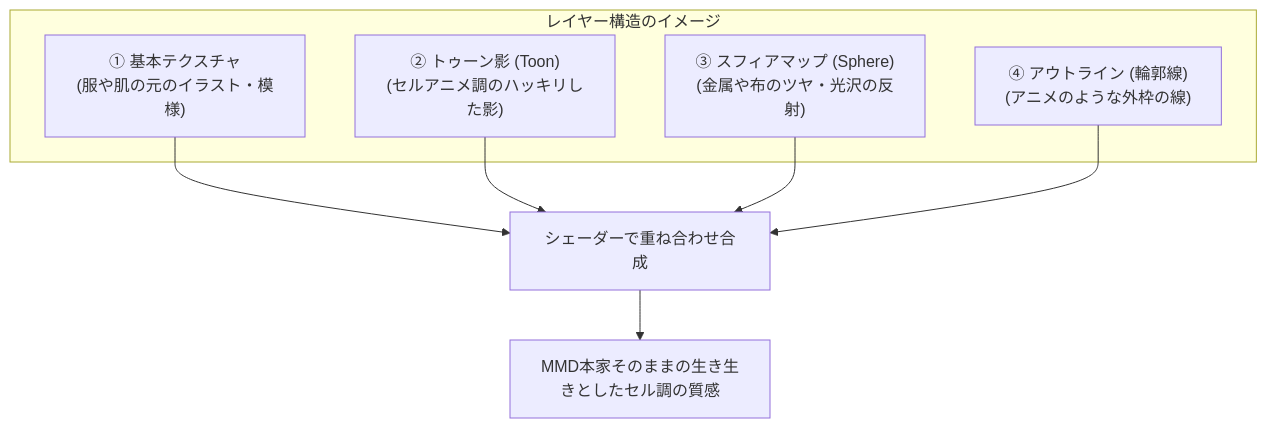
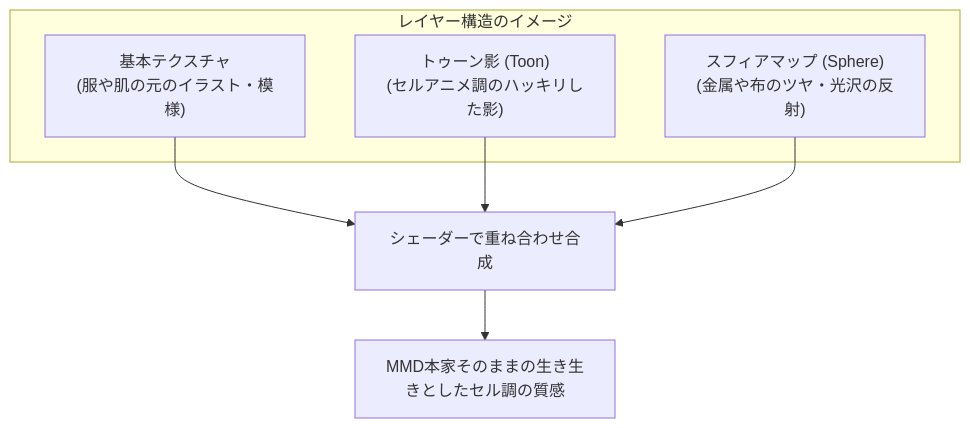
The fourth of 9 diagrams in docs/technical_overview_guide.md (cchina33/mmd_tools_for_maya), drawn with Mermaid before and after one commit. The commit also changed other lines of this file and 107 other files, not shown here.

````diff
--- a/docs/technical_overview_guide.md
+++ b/docs/technical_overview_guide.md
@@ -105,15 +111,13 @@
 ```mermaid
 graph TD
     subgraph レイヤー構造のイメージ
-        Layer1["① 基本テクスチャ<br>(服や肌の元のイラスト・模様)"]
-        Layer2["② トゥーン影 (Toon)<br>(セルアニメ調のハッキリした影)"]
-        Layer3["③ スフィアマップ (Sphere)<br>(金属や布のツヤ・光沢の反射)"]
-        Layer4["④ アウトライン (輪郭線)<br>(アニメのような外枠の線)"]
+        Layer1["基本テクスチャ<br>(服や肌の元のイラスト・模様)"]
+        Layer2["トゥーン影 (Toon)<br>(セルアニメ調のハッキリした影)"]
+        Layer3["スフィアマップ (Sphere)<br>(金属や布のツヤ・光沢の反射)"]
     end
 
     Layer1 --> Combine["シェーダーで重ね合わせ合成"]
     Layer2 --> Combine
     Layer3 --> Combine
-    Layer4 --> Combine
     Combine --> Result["MMD本家そのままの生き生きとしたセル調の質感"]
 ```
````
